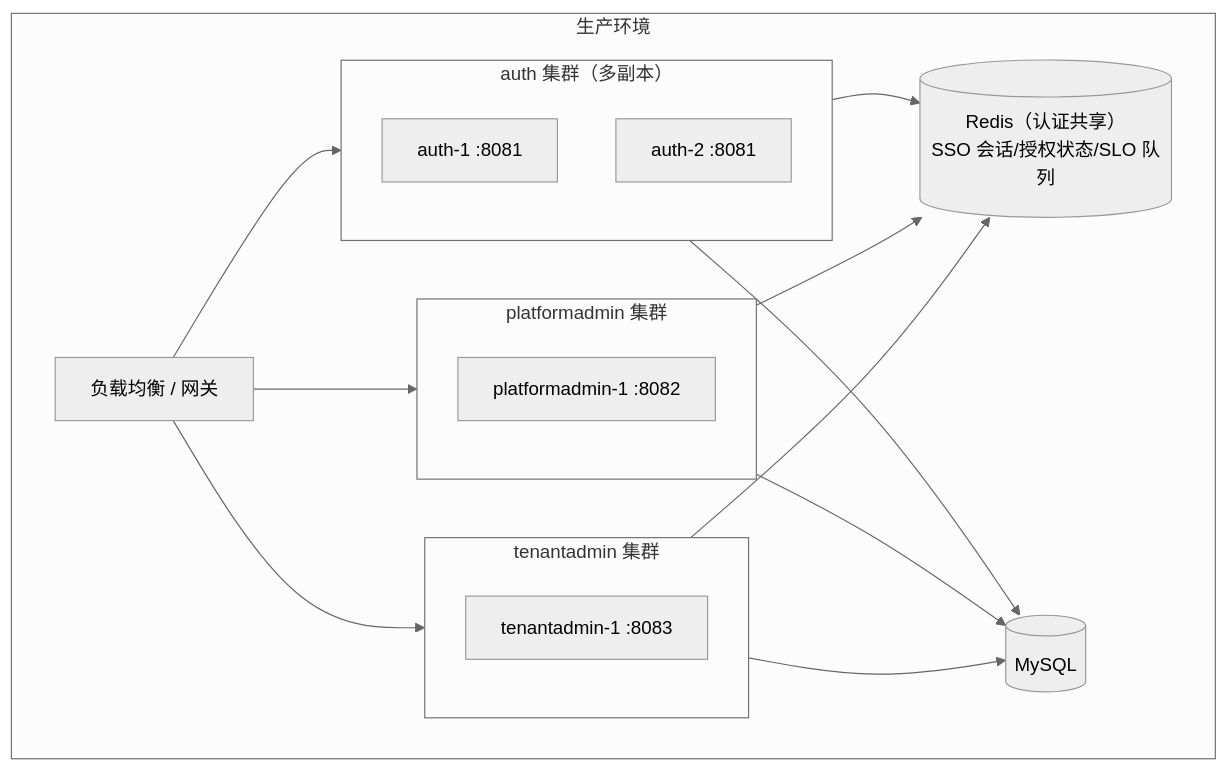
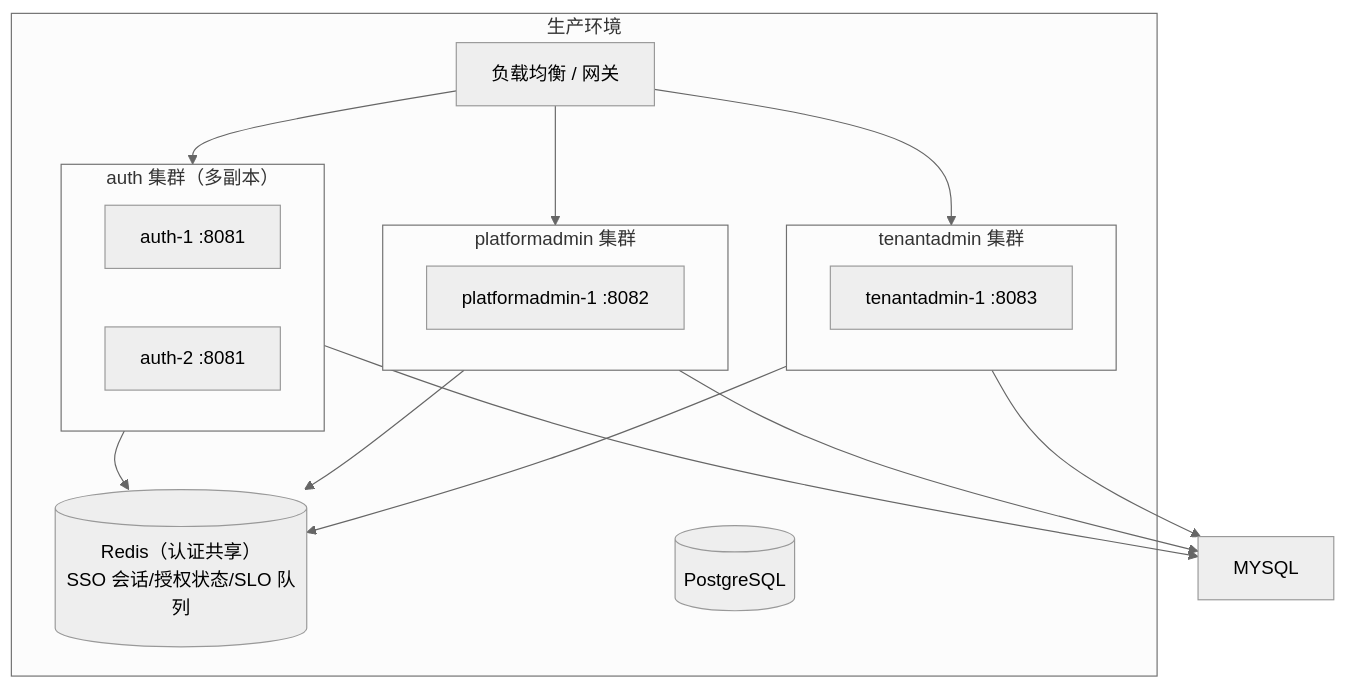
Before and after one commit to morehao/ark-iam: the second of 2 diagrams in docs/design/run-and-deploy.md, drawn with Mermaid (neutral theme). The commit also changed other lines of this file and 287 other files, not shown here.

First line of the commit message:
feat: migrate to string-ID primary keys with PostgreSQL support (#35)

````diff
--- a/docs/design/run-and-deploy.md
+++ b/docs/design/run-and-deploy.md
@@ -154,27 +154,27 @@
 ```mermaid
 flowchart TB
     subgraph PROD["生产环境"]
         LB["负载均衡 / 网关"]
         subgraph AUTH_CLUS["auth 集群（多副本）"]
             A1["auth-1 :8081"]
             A2["auth-2 :8081"]
         end
         subgraph PLAT_CLUS["platformadmin 集群"]
             P1["platformadmin-1 :8082"]
         end
         subgraph TEN_CLUS["tenantadmin 集群"]
             T1["tenantadmin-1 :8083"]
         end
         REDIS_SHARED[("Redis（认证共享）<br/>SSO 会话/授权状态/SLO 队列")]
-        MYSQL[("MySQL")]
+        PG[("PostgreSQL")]
     end
     LB --> AUTH_CLUS
     LB --> PLAT_CLUS
     LB --> TEN_CLUS
     AUTH_CLUS --> REDIS_SHARED
     PLAT_CLUS --> REDIS_SHARED
     TEN_CLUS --> REDIS_SHARED
     AUTH_CLUS --> MYSQL
     PLAT_CLUS --> MYSQL
     TEN_CLUS --> MYSQL
 ```
````
